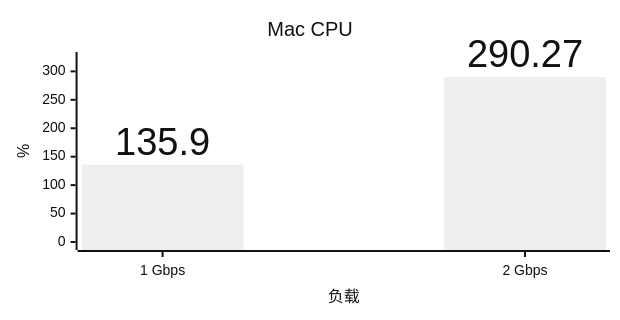
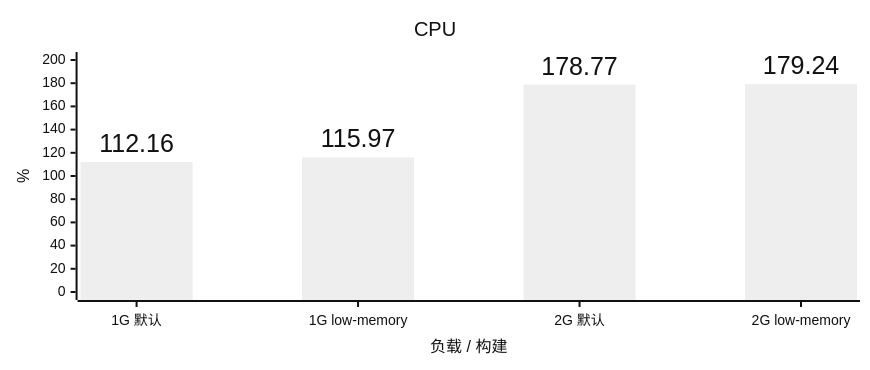
The second of 4 diagrams in docs/benchmark.md (YuanDevTeam/Vole), drawn with Mermaid (neutral theme) before and after one commit. The commit also changed other lines of this file and 1 other file, not shown here.

First line of the commit message:
docs: compare full Linux default and low-memory pressure

````diff
--- a/docs/benchmark.md
+++ b/docs/benchmark.md
@@ -117,15 +33,15 @@
 ```mermaid
 ---
 config:
   xyChart:
-    width: 600
-    height: 300
+    width: 850
+    height: 350
     showDataLabel: true
     showDataLabelOutsideBar: true
 ---
 xychart
-    title "Mac CPU"
-    x-axis "负载" ["1 Gbps", "2 Gbps"]
-    y-axis "%" 0 --> 320
-    bar [135.90, 290.27]
+    title "CPU"
+    x-axis "负载 / 构建" ["1G 默认", "1G low-memory", "2G 默认", "2G low-memory"]
+    y-axis "%" 0 --> 200
+    bar [112.16, 115.97, 178.77, 179.24]
 ```
````
